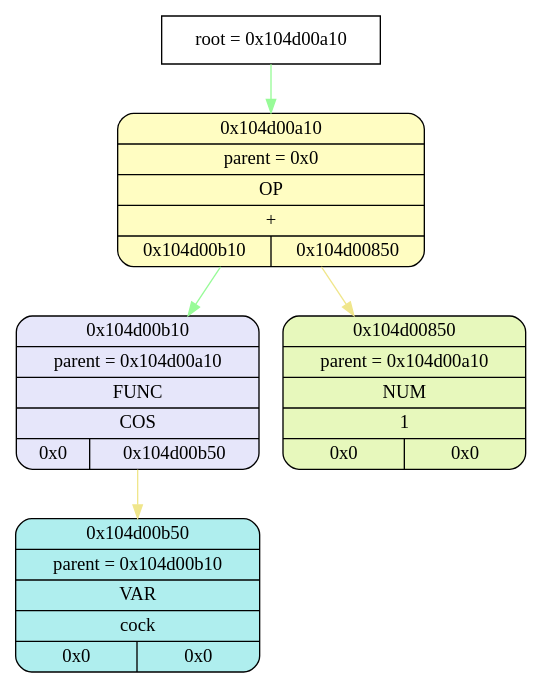
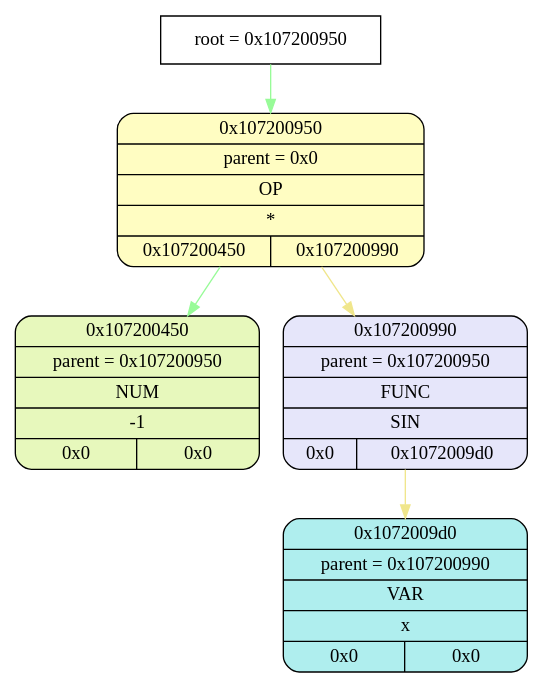
Before and after one commit to esgalimov/differentiator: the diagram in tmp/graphviz.dot, drawn with Graphviz. The commit also changed 12 other files, not shown here.

```diff
--- a/tmp/graphviz.dot
+++ b/tmp/graphviz.dot
@@ -1,17 +1,17 @@
 digraph
 {
-    node_info[shape = record, label = "{root = 0x104d00a10}"];
+    node_info[shape = record, label = "{root = 0x107200950}"];
 
-    node_info->node_0x104d00a10 [color = "#98FB98"];
-    node_0x104d00a10[shape = Mrecord, label = "{{0x104d00a10} | {parent =  0x0} | {OP} | {+} | {0x104d00b10 | 0x104d00850}}",
+    node_info->node_0x107200950 [color = "#98FB98"];
+    node_0x107200950[shape = Mrecord, label = "{{0x107200950} | {parent =  0x0} | {OP} | {*} | {0x107200450 | 0x107200990}}",
                 style="filled", fillcolor="#FFFDC2"];
-    node_0x104d00b10[shape = Mrecord, label = "{{0x104d00b10} | {parent =  0x104d00a10} | {FUNC} | {COS} | {0x0 | 0x104d00b50}}",
+    node_0x107200450[shape = Mrecord, label = "{{0x107200450} | {parent =  0x107200950} | {NUM} | {-1} | {0x0 | 0x0}}",
+                style="filled", fillcolor="#E7F8BC"];
+    node_0x107200990[shape = Mrecord, label = "{{0x107200990} | {parent =  0x107200950} | {FUNC} | {SIN} | {0x0 | 0x1072009d0}}",
                 style="filled", fillcolor="#E6E6FA"];
-    node_0x104d00b50[shape = Mrecord, label = "{{0x104d00b50} | {parent =  0x104d00b10} | {VAR} | {cock} | {0x0 | 0x0}}",
+    node_0x1072009d0[shape = Mrecord, label = "{{0x1072009d0} | {parent =  0x107200990} | {VAR} | {x} | {0x0 | 0x0}}",
                     style="filled", fillcolor="#AFEEEE"];
-    node_0x104d00850[shape = Mrecord, label = "{{0x104d00850} | {parent =  0x104d00a10} | {NUM} | {1} | {0x0 | 0x0}}",
-                style="filled", fillcolor="#E7F8BC"];
-    node_0x104d00a10->node_0x104d00b10 [color = "#98FB98"];
-    node_0x104d00b10->node_0x104d00b50 [color = "#F0E68C"];
-    node_0x104d00a10->node_0x104d00850 [color = "#F0E68C"];
+    node_0x107200950->node_0x107200450 [color = "#98FB98"];
+    node_0x107200950->node_0x107200990 [color = "#F0E68C"];
+    node_0x107200990->node_0x1072009d0 [color = "#F0E68C"];
 }
```
